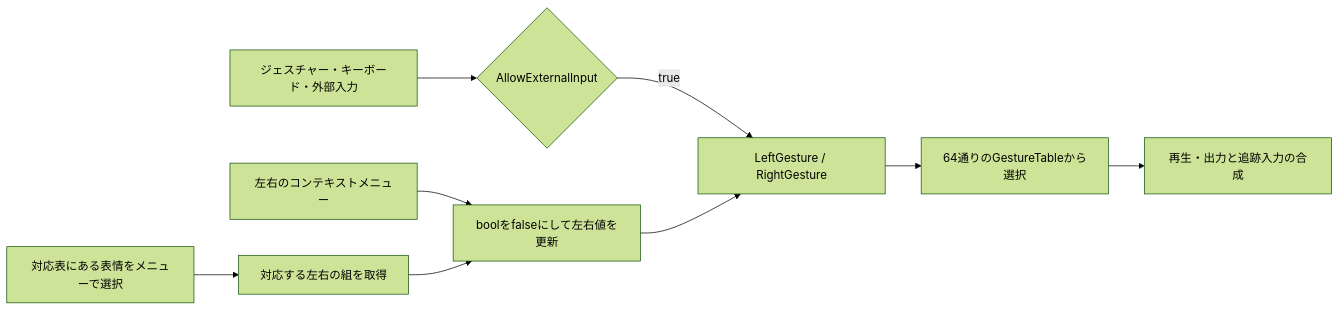
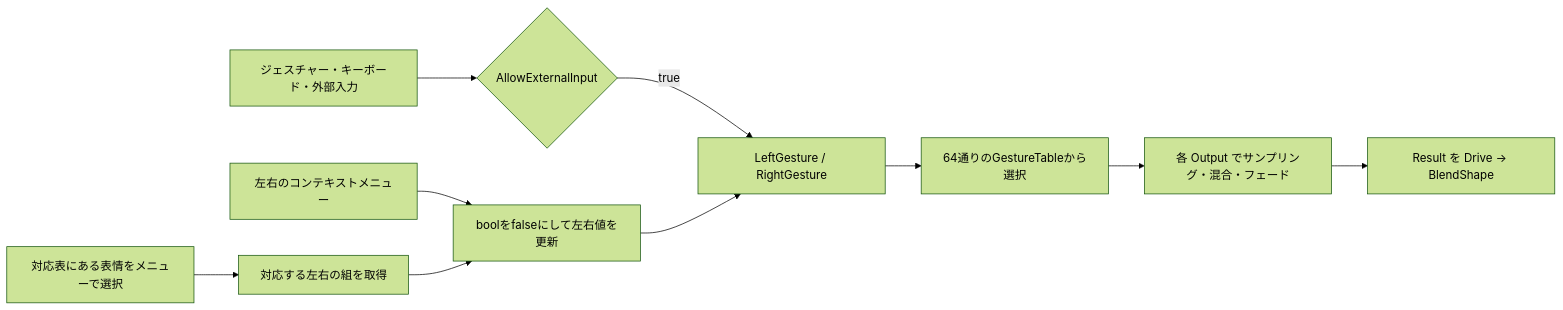
One commit to orange3134/VRMtoResonitePackage changed the diagram in docs/expression-system.md. Above: the diagram before and after it, drawn with Mermaid (forest theme). The commit also changed other lines of this file and 12 other files, not shown here.

````diff
--- a/docs/expression-system.md
+++ b/docs/expression-system.md
@@ -12,11 +12,12 @@
 ```mermaid
 flowchart LR
     H[ジェスチャー・キーボード・外部入力] --> G{AllowExternalInput}
     G -->|true| S[LeftGesture / RightGesture]
     M[左右のコンテキストメニュー] --> L[boolをfalseにして左右値を更新]
     D[対応表にある表情をメニューで選択] --> T[対応する左右の組を取得]
     T --> L
     L --> S
     S --> P[64通りのGestureTableから選択]
-    P --> R[再生・出力と追跡入力の合成]
+    P --> R[各 Output でサンプリング・混合・フェード]
+    R --> V[Result を Drive → BlendShape]
 ```
````
